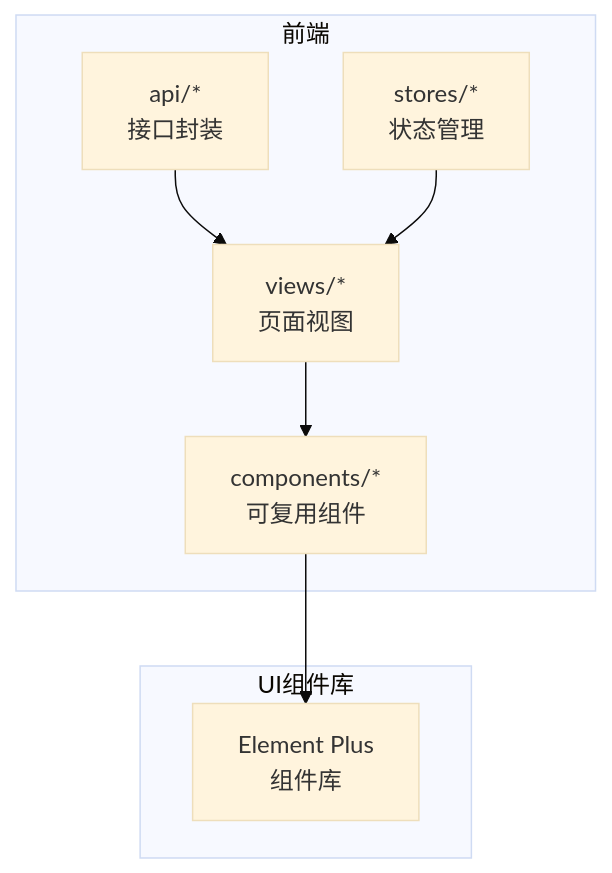
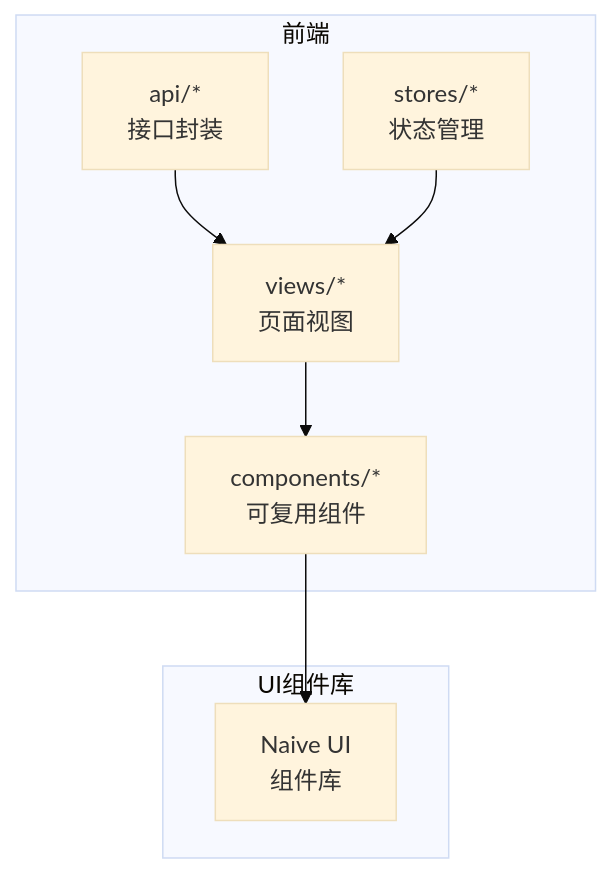
Before and after one commit to NJMrLi/genetics: the first of 4 diagrams in .qoder/repowiki/zh/content/前端架构设计/UI组件库集成.md, drawn with Mermaid (base theme). The commit also changed other lines of this file and 32 other files, not shown here.

````diff
--- a/.qoder/repowiki/zh/content/前端架构设计/UI组件库集成.md
+++ b/.qoder/repowiki/zh/content/前端架构设计/UI组件库集成.md
@@ -30,16 +56,16 @@
 ```mermaid
 graph TB
 subgraph "前端"
 Views["views/*<br/>页面视图"]
 Comps["components/*<br/>可复用组件"]
 API["api/*<br/>接口封装"]
 Stores["stores/*<br/>状态管理"]
 end
 subgraph "UI组件库"
-EP["Element Plus<br/>组件库"]
+NU["Naive UI<br/>组件库"]
 end
 Views --> Comps
-Comps --> EP
+Comps --> NU
 API --> Views
 Stores --> Views
 ```
````
